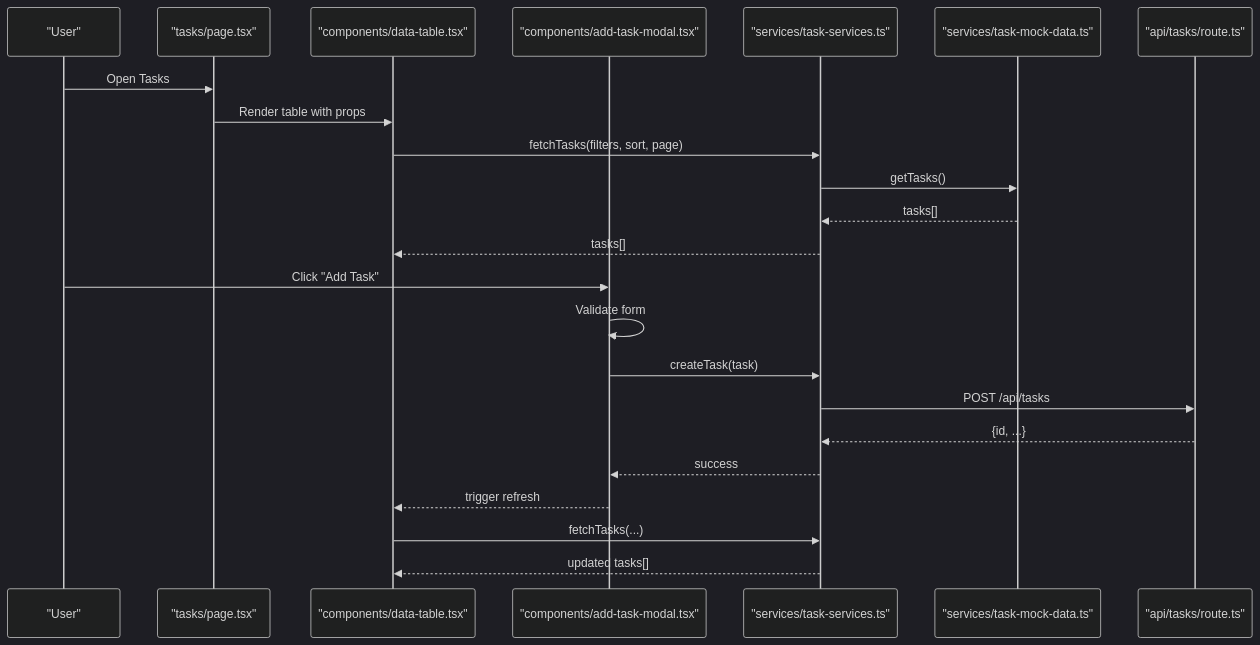
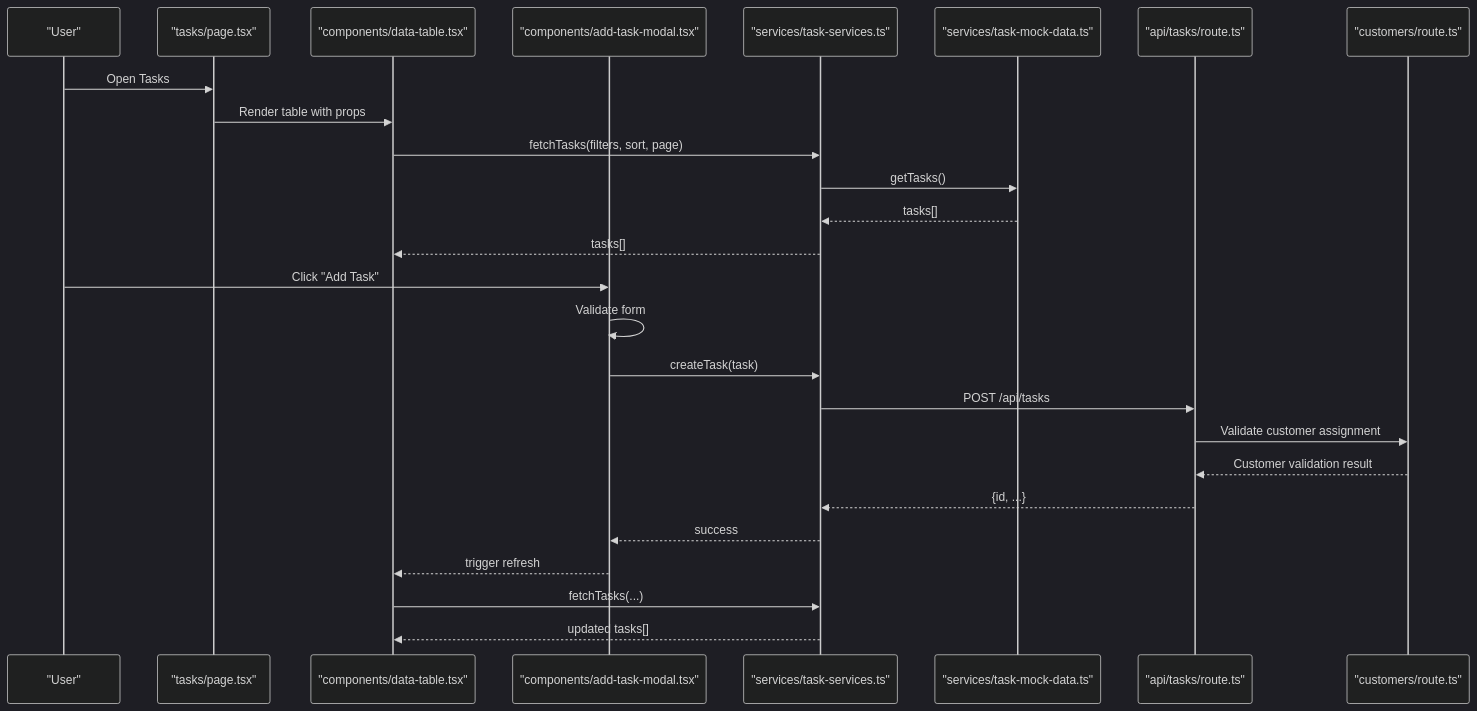
Before and after one commit to ngothanhtung/claude-code-shadcn-dashboard: the second of 7 diagrams in .qoder/repowiki/en/content/Data Management Modules/Task Management.md, drawn with Mermaid (dark theme). The commit also changed other lines of this file and 165 other files, not shown here.

````diff
--- a/.qoder/repowiki/en/content/Data Management Modules/Task Management.md
+++ b/.qoder/repowiki/en/content/Data Management Modules/Task Management.md
@@ -122,25 +137,28 @@
 ```mermaid
 sequenceDiagram
 participant U as "User"
 participant Page as "tasks/page.tsx"
 participant Table as "components/data-table.tsx"
 participant Modal as "components/add-task-modal.tsx"
 participant Svc as "services/task-services.ts"
 participant Mock as "services/task-mock-data.ts"
 participant API as "api/tasks/route.ts"
+participant Cust as "customers/route.ts"
 U->>Page : Open Tasks
 Page->>Table : Render table with props
 Table->>Svc : fetchTasks(filters, sort, page)
 Svc->>Mock : getTasks()
 Mock-->>Svc : tasks[]
 Svc-->>Table : tasks[]
 U->>Modal : Click "Add Task"
 Modal->>Modal : Validate form
 Modal->>Svc : createTask(task)
 Svc->>API : POST /api/tasks
+API->>Cust : Validate customer assignment
+Cust-->>API : Customer validation result
 API-->>Svc : {id, ...}
 Svc-->>Modal : success
 Modal-->>Table : trigger refresh
 Table->>Svc : fetchTasks(...)
 Svc-->>Table : updated tasks[]
 ```
````
